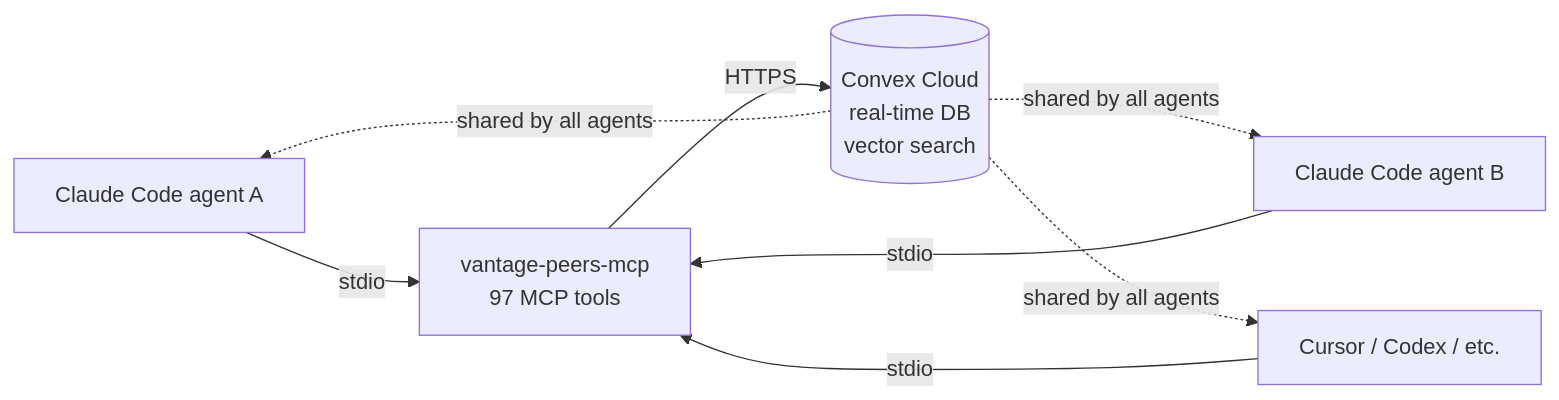
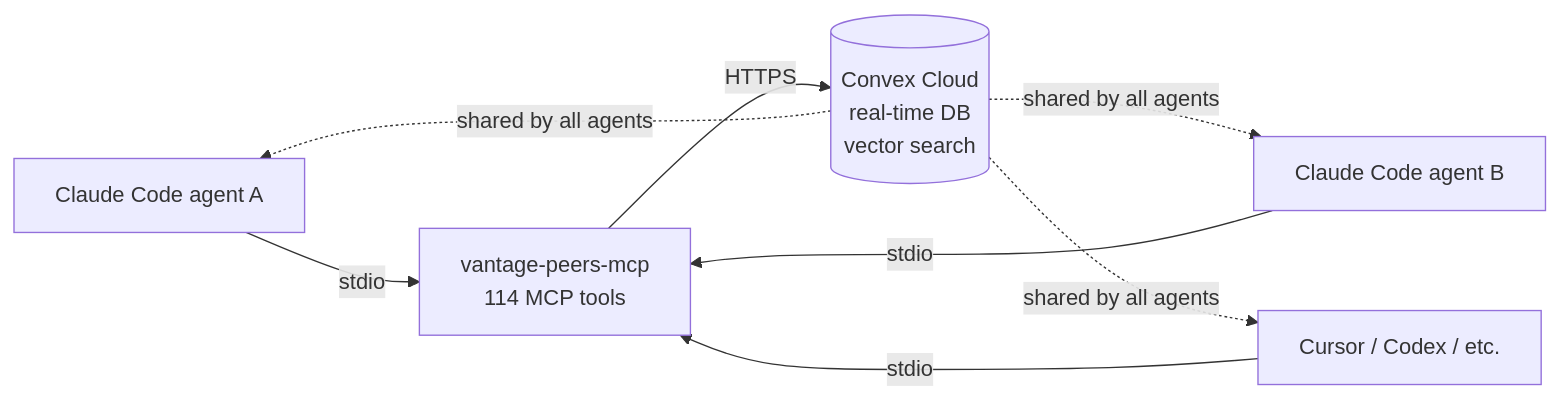
One commit to vantageos-agency/vantage-peers changed the diagram in README.md. Above: the diagram before and after it, drawn with Mermaid. The commit also changed other lines of this file and 1 other file, not shown here.

````diff
--- a/README.md
+++ b/README.md
@@ -49,11 +49,11 @@
 ```mermaid
 flowchart LR
     A1[Claude Code agent A] -->|stdio| MCP
     A2[Claude Code agent B] -->|stdio| MCP
     A3[Cursor / Codex / etc.] -->|stdio| MCP
-    MCP[vantage-peers-mcp<br/>97 MCP tools] -->|HTTPS| Convex
+    MCP[vantage-peers-mcp<br/>114 MCP tools] -->|HTTPS| Convex
     Convex[(Convex Cloud<br/>real-time DB<br/>vector search)]
     Convex -.shared by all agents.-> A1
     Convex -.shared by all agents.-> A2
     Convex -.shared by all agents.-> A3
 ```
````
